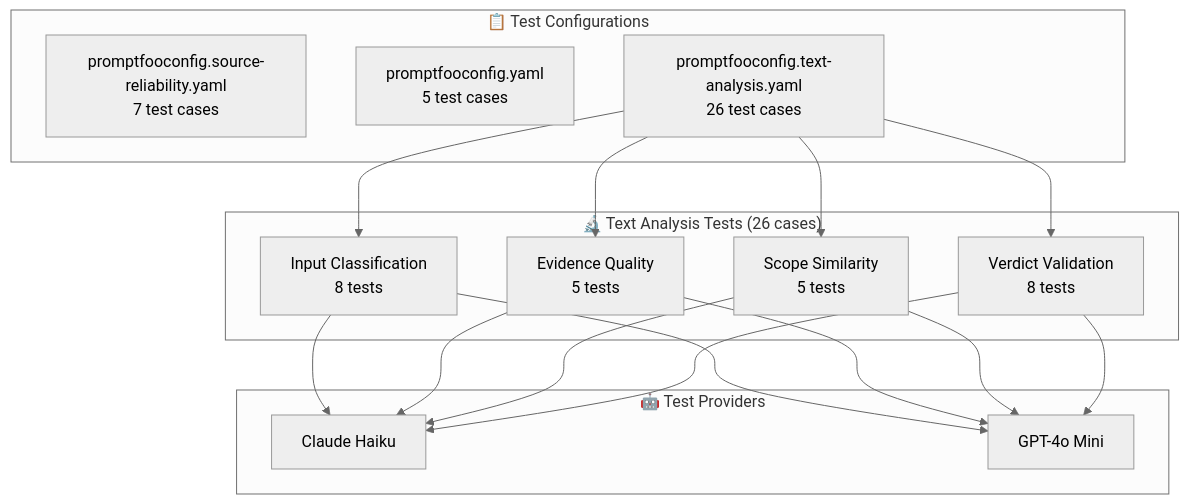
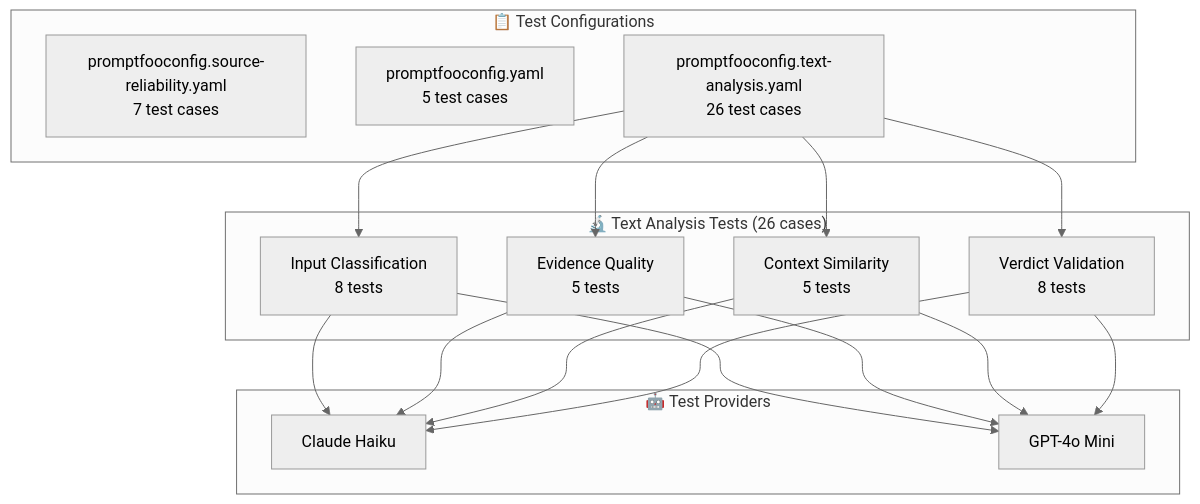
Before and after one commit to robertschaub/FactHarbor: the seventh of 7 diagrams in Docs/ARCHITECTURE/Overview.md, drawn with Mermaid (neutral theme). The commit also changed other lines of this file and 17 other files, not shown here.

````diff
--- a/Docs/ARCHITECTURE/Overview.md
+++ b/Docs/ARCHITECTURE/Overview.md
@@ -689,34 +689,34 @@
 ```mermaid
 flowchart TB
     subgraph Configs["📋 Test Configurations"]
         SR[promptfooconfig.source-reliability.yaml<br/>7 test cases]
         VD[promptfooconfig.yaml<br/>5 test cases]
         TA[promptfooconfig.text-analysis.yaml<br/>26 test cases]
     end
 
     subgraph TextAnalysis["🔬 Text Analysis Tests (26 cases)"]
         INPUT[Input Classification<br/>8 tests]
         EVIDENCE[Evidence Quality<br/>5 tests]
-        SCOPE[Scope Similarity<br/>5 tests]
+        SCOPE[Context Similarity<br/>5 tests]
         VERDICT[Verdict Validation<br/>8 tests]
     end
 
     subgraph Providers["🤖 Test Providers"]
         HAIKU[Claude Haiku]
         GPT4MINI[GPT-4o Mini]
     end
 
     TA --> INPUT
     TA --> EVIDENCE
     TA --> SCOPE
     TA --> VERDICT
 
     INPUT --> HAIKU
     INPUT --> GPT4MINI
     EVIDENCE --> HAIKU
     EVIDENCE --> GPT4MINI
     SCOPE --> HAIKU
     SCOPE --> GPT4MINI
     VERDICT --> HAIKU
     VERDICT --> GPT4MINI
 ```
````
